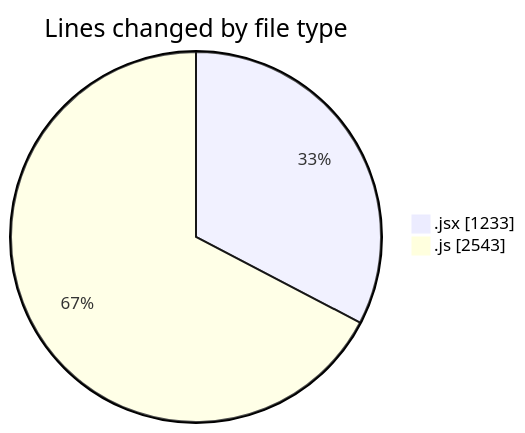
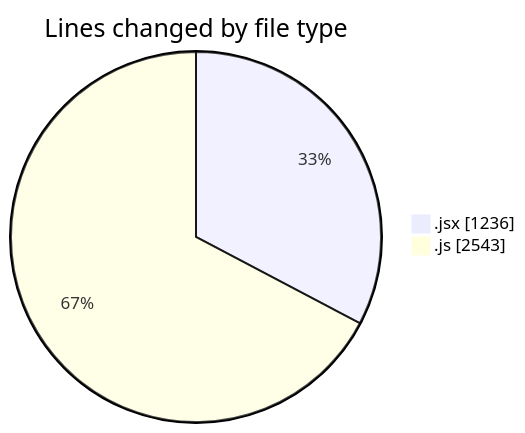
The first of 2 diagrams in 2025-07-25/nxtqube_webapp/README.md (nxtqubesakshisongat/code-tracking), drawn with Mermaid before and after one commit. The commit also changed other lines of this file and 1 other file, not shown here.

````diff
--- a/2025-07-25/nxtqube_webapp/README.md
+++ b/2025-07-25/nxtqube_webapp/README.md
@@ -33,6 +33,6 @@
 ```mermaid
 pie showData
 title Lines changed by file type
-".jsx" : 1233
+".jsx" : 1236
 ".js" : 2543
 ```
````
